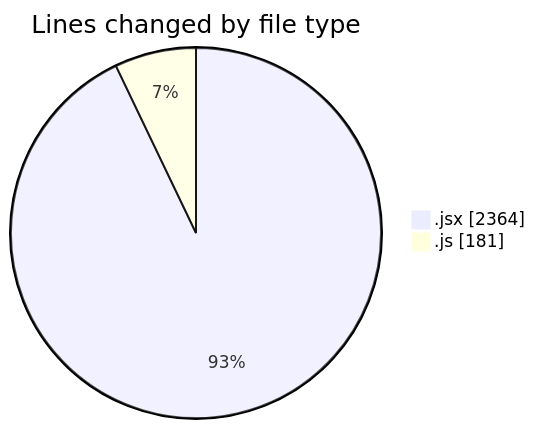
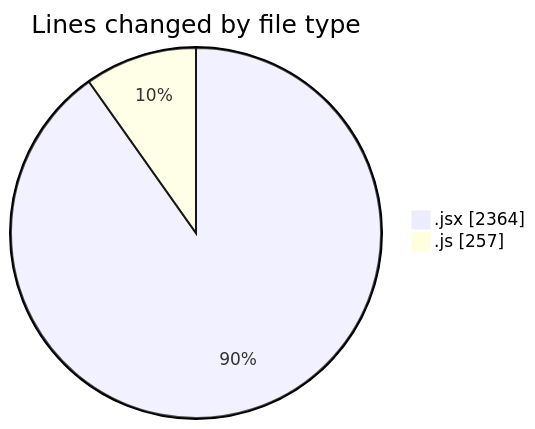
Before and after one commit to nxtqubesakshisongat/code-tracking: the first of 2 diagrams in 2025-12-11/nxtqube_webapp/README.md, drawn with Mermaid. The commit also changed other lines of this file and 1 other file, not shown here.

````diff
--- a/2025-12-11/nxtqube_webapp/README.md
+++ b/2025-12-11/nxtqube_webapp/README.md
@@ -21,6 +22,6 @@
 ```mermaid
 pie showData
 title Lines changed by file type
 ".jsx" : 2364
-".js" : 181
+".js" : 257
 ```
````
